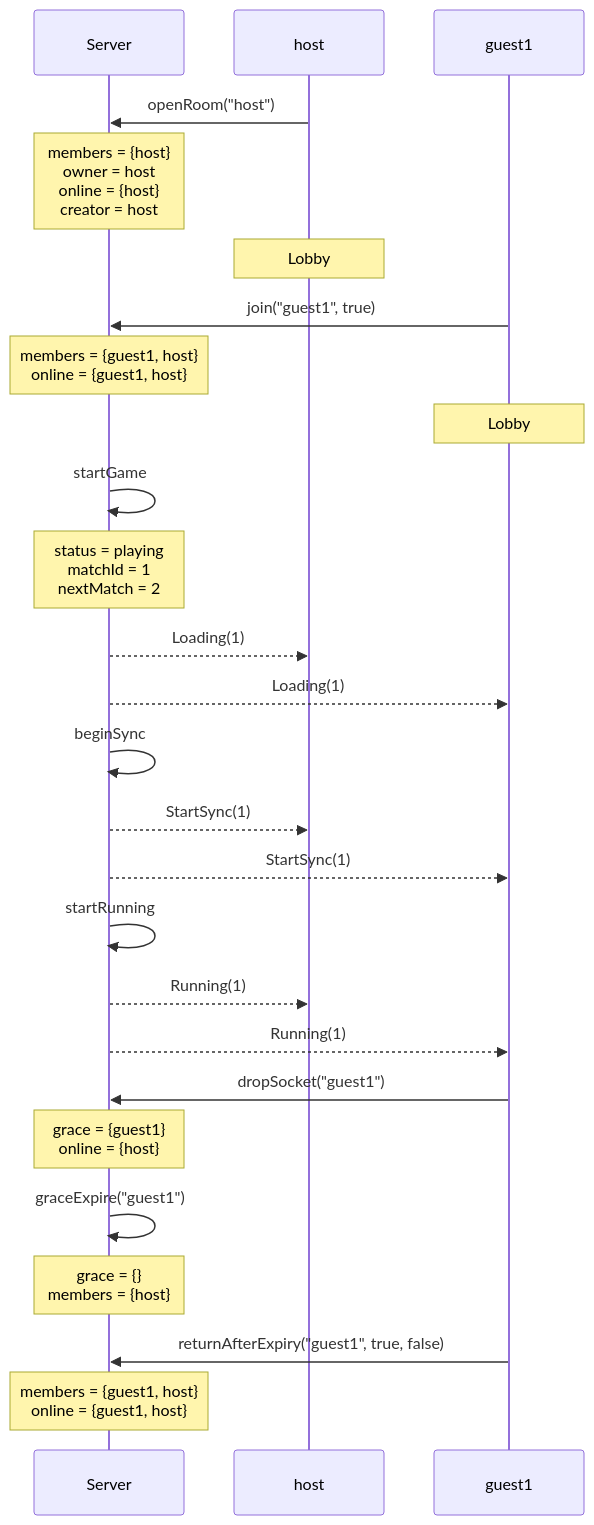
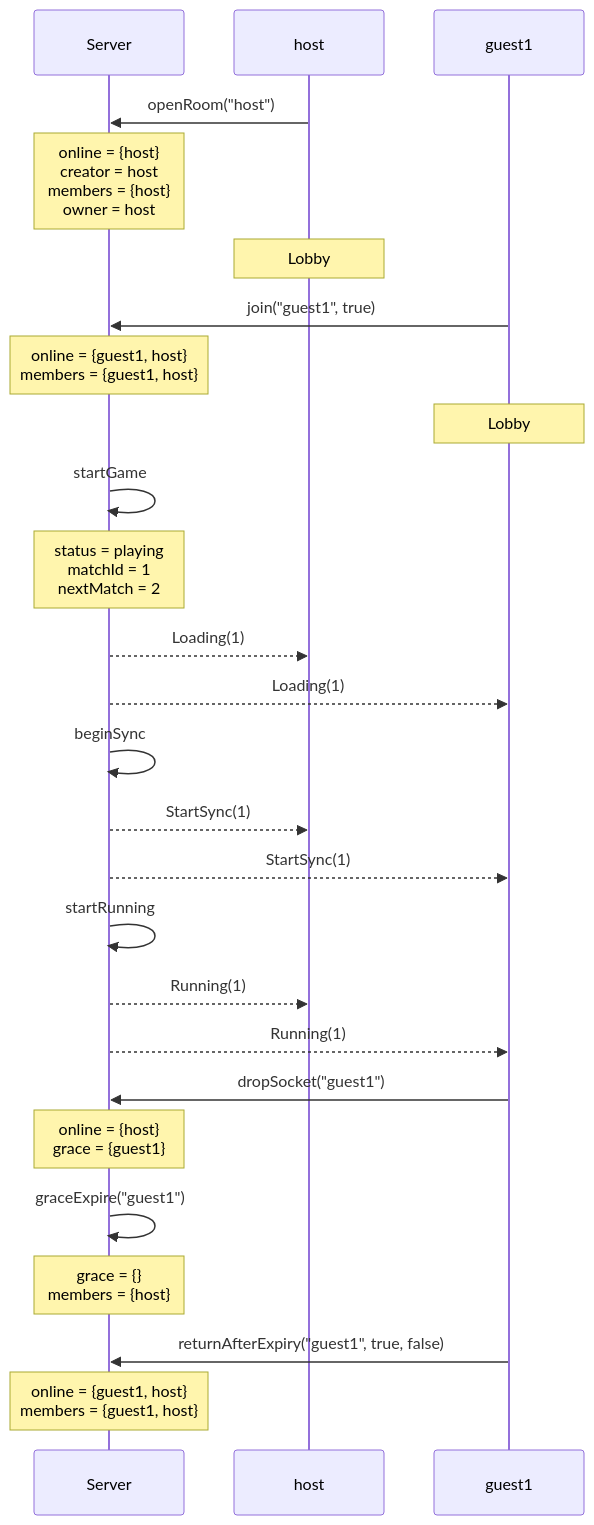
Before and after one commit to kwilson21/kaillera-next: the sixth of 29 diagrams in docs/spec-traces.md, drawn with Mermaid. The commit also changed other lines of this file and 15 other files, not shown here.

````diff
--- a/docs/spec-traces.md
+++ b/docs/spec-traces.md
@@ -107,28 +107,28 @@
 ```mermaid
 sequenceDiagram
   participant Server
   participant host
   participant guest1
   host->>Server: openRoom("host")
-  Note over Server: members = {host}<br/>owner = host<br/>online = {host}<br/>creator = host
+  Note over Server: online = {host}<br/>creator = host<br/>members = {host}<br/>owner = host
   Note over host: Lobby
   guest1->>Server: join("guest1", true)
-  Note over Server: members = {guest1, host}<br/>online = {guest1, host}
+  Note over Server: online = {guest1, host}<br/>members = {guest1, host}
   Note over guest1: Lobby
   Server->>Server: startGame
   Note over Server: status = playing<br/>matchId = 1<br/>nextMatch = 2
   Server-->>host: Loading(1)
   Server-->>guest1: Loading(1)
   Server->>Server: beginSync
   Server-->>host: StartSync(1)
   Server-->>guest1: StartSync(1)
   Server->>Server: startRunning
   Server-->>host: Running(1)
   Server-->>guest1: Running(1)
   guest1->>Server: dropSocket("guest1")
-  Note over Server: grace = {guest1}<br/>online = {host}
+  Note over Server: online = {host}<br/>grace = {guest1}
   Server->>Server: graceExpire("guest1")
   Note over Server: grace = {}<br/>members = {host}
   guest1->>Server: returnAfterExpiry("guest1", true, false)
-  Note over Server: members = {guest1, host}<br/>online = {guest1, host}
+  Note over Server: online = {guest1, host}<br/>members = {guest1, host}
 ```
````
